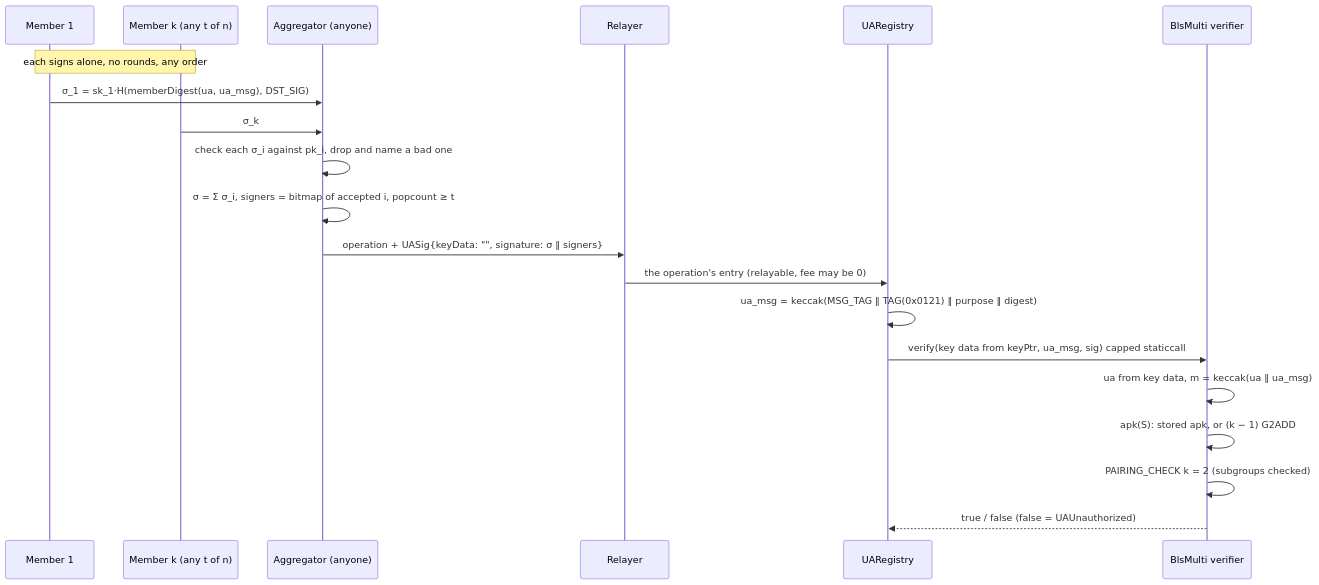
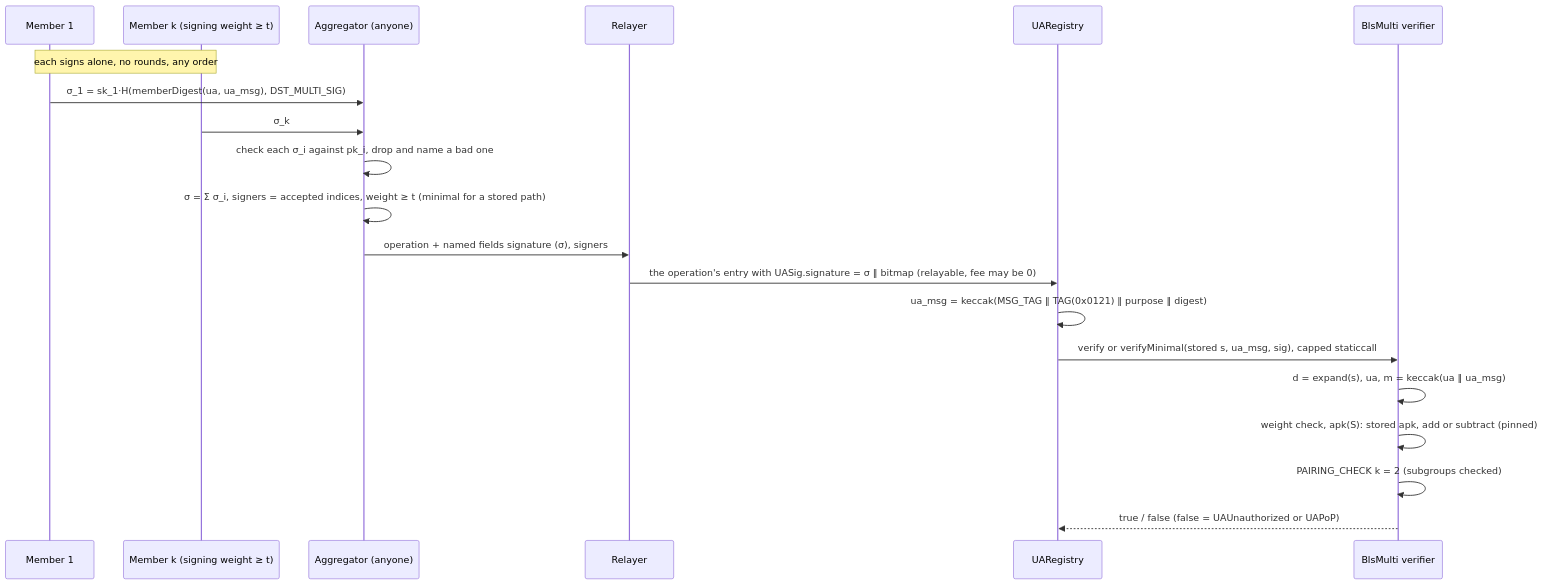
One commit to dinhduongha/scaas changed the diagram in docs/superpowers/specs/2026-11-19-bls12381-multi.md. Above: the diagram before and after it, drawn with Mermaid. The commit also changed other lines of this file, not shown here.

First line of the commit message:
docs: spec bls12381-multi rev 2 after the Fable review and owner rulings

````diff
--- a/docs/superpowers/specs/2026-11-19-bls12381-multi.md
+++ b/docs/superpowers/specs/2026-11-19-bls12381-multi.md
@@ -236,22 +397,22 @@
 ```mermaid
 sequenceDiagram
     participant M1 as Member 1
-    participant Mk as Member k (any t of n)
+    participant Mk as Member k (signing weight ≥ t)
     participant A as Aggregator (anyone)
     participant R as Relayer
     participant G as UARegistry
     participant V as BlsMulti verifier
     Note over M1,Mk: each signs alone, no rounds, any order
-    M1->>A: σ_1 = sk_1·H(memberDigest(ua, ua_msg), DST_SIG)
+    M1->>A: σ_1 = sk_1·H(memberDigest(ua, ua_msg), DST_MULTI_SIG)
     Mk->>A: σ_k
     A->>A: check each σ_i against pk_i, drop and name a bad one
-    A->>A: σ = Σ σ_i, signers = bitmap of accepted i, popcount ≥ t
-    A->>R: operation + UASig{keyData: "", signature: σ ‖ signers}
-    R->>G: the operation's entry (relayable, fee may be 0)
+    A->>A: σ = Σ σ_i, signers = accepted indices, weight ≥ t (minimal for a stored path)
+    A->>R: operation + named fields signature (σ), signers
+    R->>G: the operation's entry with UASig.signature = σ ‖ bitmap (relayable, fee may be 0)
     G->>G: ua_msg = keccak(MSG_TAG ‖ TAG(0x0121) ‖ purpose ‖ digest)
-    G->>V: verify(key data from keyPtr, ua_msg, sig)  capped staticcall
-    V->>V: ua from key data, m = keccak(ua ‖ ua_msg)
-    V->>V: apk(S): stored apk, or (k − 1) G2ADD
+    G->>V: verify or verifyMinimal(stored s, ua_msg, sig), capped staticcall
+    V->>V: d = expand(s), ua, m = keccak(ua ‖ ua_msg)
+    V->>V: weight check, apk(S): stored apk, add or subtract (pinned)
     V->>V: PAIRING_CHECK k = 2 (subgroups checked)
-    V-->>G: true / false (false = UAUnauthorized)
+    V-->>G: true / false (false = UAUnauthorized or UAPoP)
 ```
````
